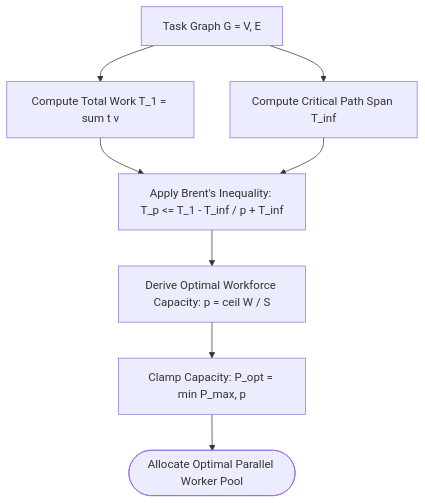
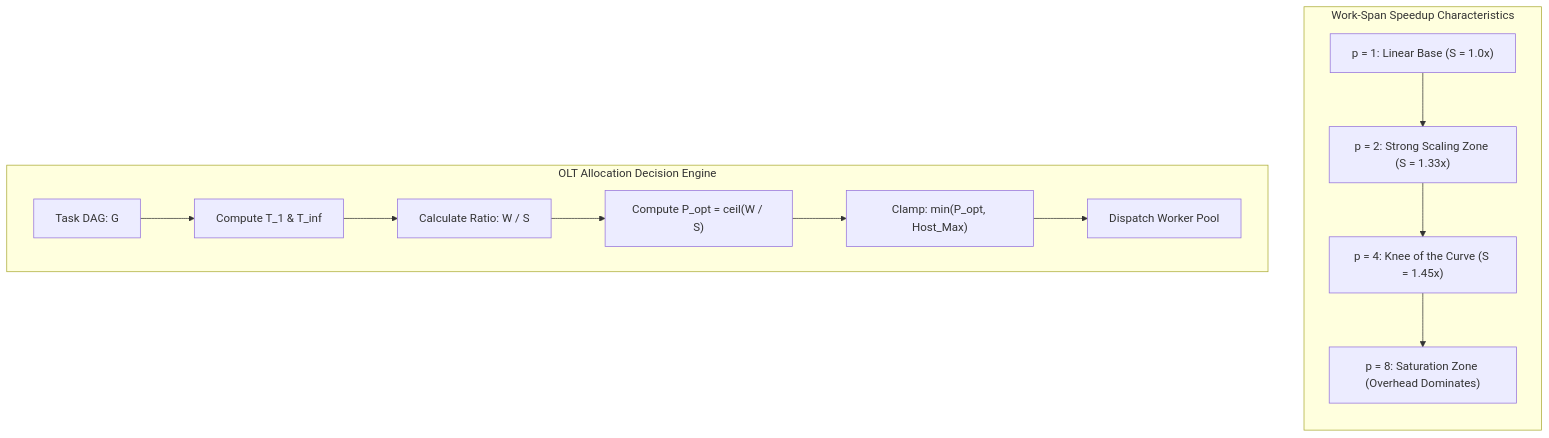
The diagram in docs/olt/architecture/05-concurrency-straggler-sla/05-01-brent-work-span-theorem.md (onurseckin/skills), drawn with Mermaid before and after one commit. The commit also changed other lines of this file and 163 other files, not shown here.

````diff
--- a/docs/olt/architecture/05-concurrency-straggler-sla/05-01-brent-work-span-theorem.md
+++ b/docs/olt/architecture/05-concurrency-straggler-sla/05-01-brent-work-span-theorem.md
@@ -61,10 +153,21 @@
 ```mermaid
 flowchart TD
-    DAG[Task Graph G = V, E] --> ComputeWork[Compute Total Work T_1 = sum t v]
-    DAG --> ComputeSpan[Compute Critical Path Span T_inf]
-    ComputeWork --> ApplyBrent[Apply Brent's Inequality: T_p <= T_1 - T_inf / p + T_inf]
-    ComputeSpan --> ApplyBrent
-    ApplyBrent --> ComputeCapacity[Derive Optimal Workforce Capacity: p = ceil W / S]
-    ComputeCapacity --> BoundCapacity[Clamp Capacity: P_opt = min P_max, p]
-    BoundCapacity --> AllocWorkers([Allocate Optimal Parallel Worker Pool])
+    subgraph ParallelScalingChart["Work-Span Speedup Characteristics"]
+        direction TB
+        P1["p = 1: Linear Base (S = 1.0x)"]
+        P2["p = 2: Strong Scaling Zone (S = 1.33x)"]
+        P4["p = 4: Knee of the Curve (S = 1.45x)"]
+        P8["p = 8: Saturation Zone (Overhead Dominates)"]
+        P1 --> P2
+        P2 --> P4
+        P4 --> P8
+    end
+
+    subgraph AllocationGate["OLT Allocation Decision Engine"]
+        DAG[Task DAG: G] --> MetricCompute["Compute T_1 & T_inf"]
+        MetricCompute --> Ratio["Calculate Ratio: W / S"]
+        Ratio --> BrentClamp["Compute P_opt = ceil(W / S)"]
+        BrentClamp --> HostClamp["Clamp: min(P_opt, Host_Max)"]
+        HostClamp --> FleetDispatch["Dispatch Worker Pool"]
+    end
 ```
````
